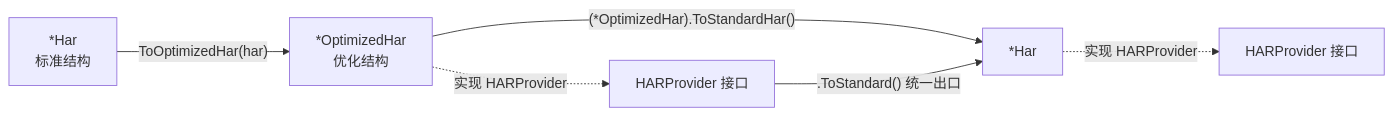
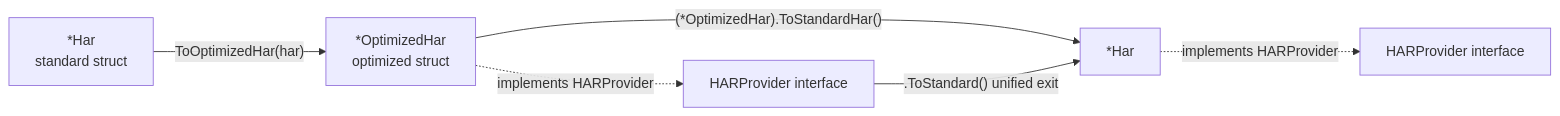
Before and after one commit to hitechcloud-vietnam/har-skills: the second of 4 diagrams in website/zh/internals/memory-optimized.md, drawn with Mermaid. The commit also changed other lines of this file and 97 other files, not shown here.

````diff
--- a/website/zh/internals/memory-optimized.md
+++ b/website/zh/internals/memory-optimized.md
@@ -181,8 +181,8 @@
 ```mermaid
 flowchart LR
-  STD["*Har<br/>标准结构"] -->|"ToOptimizedHar(har)"| OPT["*OptimizedHar<br/>优化结构"]
+  STD["*Har<br/>standard struct"] -->|"ToOptimizedHar(har)"| OPT["*OptimizedHar<br/>optimized struct"]
   OPT -->|"(*OptimizedHar).ToStandardHar()"| STD2["*Har"]
-  OPT -.->|"实现 HARProvider"| HP1["HARProvider 接口"]
-  STD2 -.->|"实现 HARProvider"| HP2["HARProvider 接口"]
-  HP1 -->|".ToStandard() 统一出口"| STD2
+  OPT -.->|"implements HARProvider"| HP1["HARProvider interface"]
+  STD2 -.->|"implements HARProvider"| HP2["HARProvider interface"]
+  HP1 -->|".ToStandard() unified exit"| STD2
 ```
````
